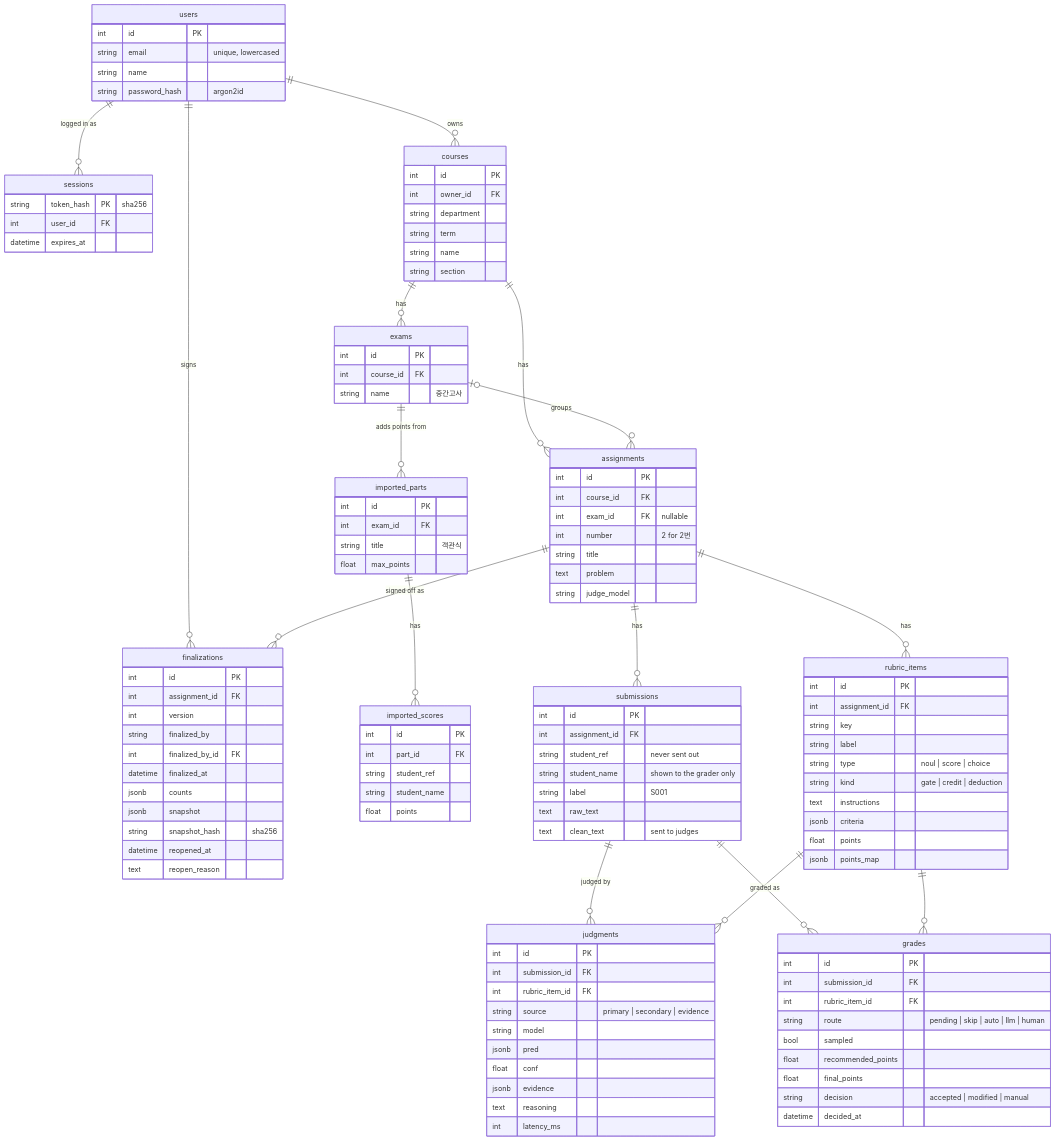
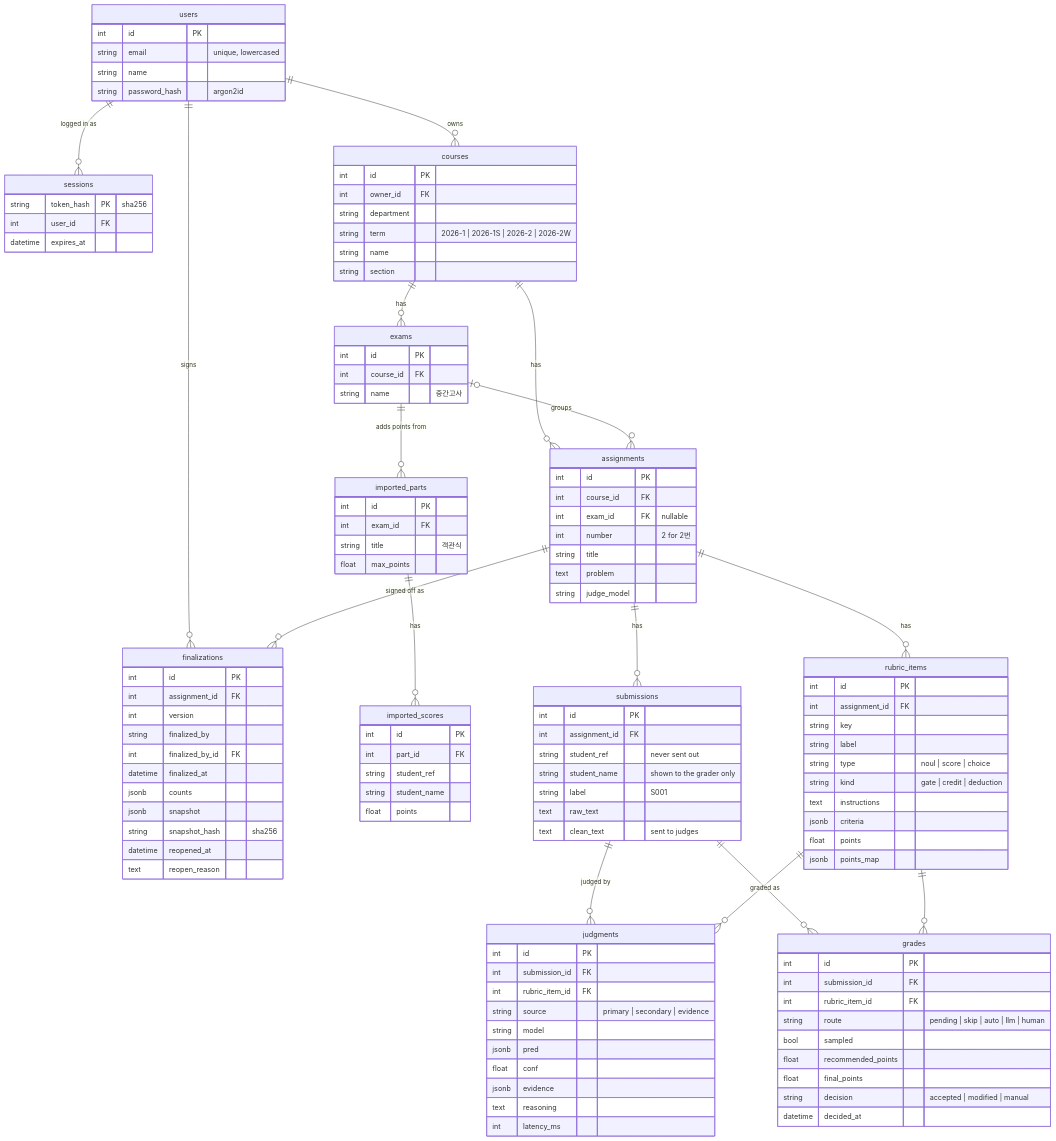
Before and after one commit to GrntKim/FastABC: the diagram in docs/development.md, drawn with Mermaid. The commit also changed other lines of this file and 6 other files, not shown here.

```diff
--- a/docs/development.md
+++ b/docs/development.md
@@ -81,7 +81,7 @@
         int id PK
         int owner_id FK
         string department
-        string term
+        string term "2026-1 | 2026-1S | 2026-2 | 2026-2W"
         string name
         string section
     }
```
